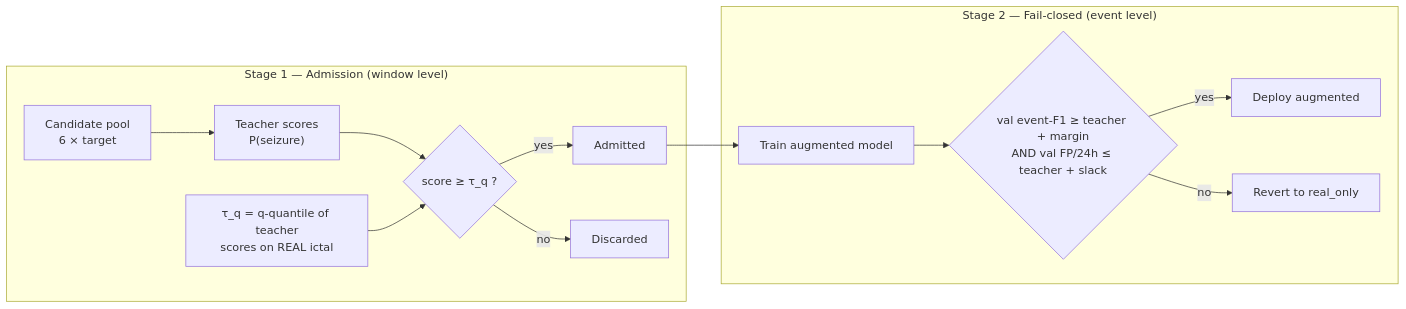
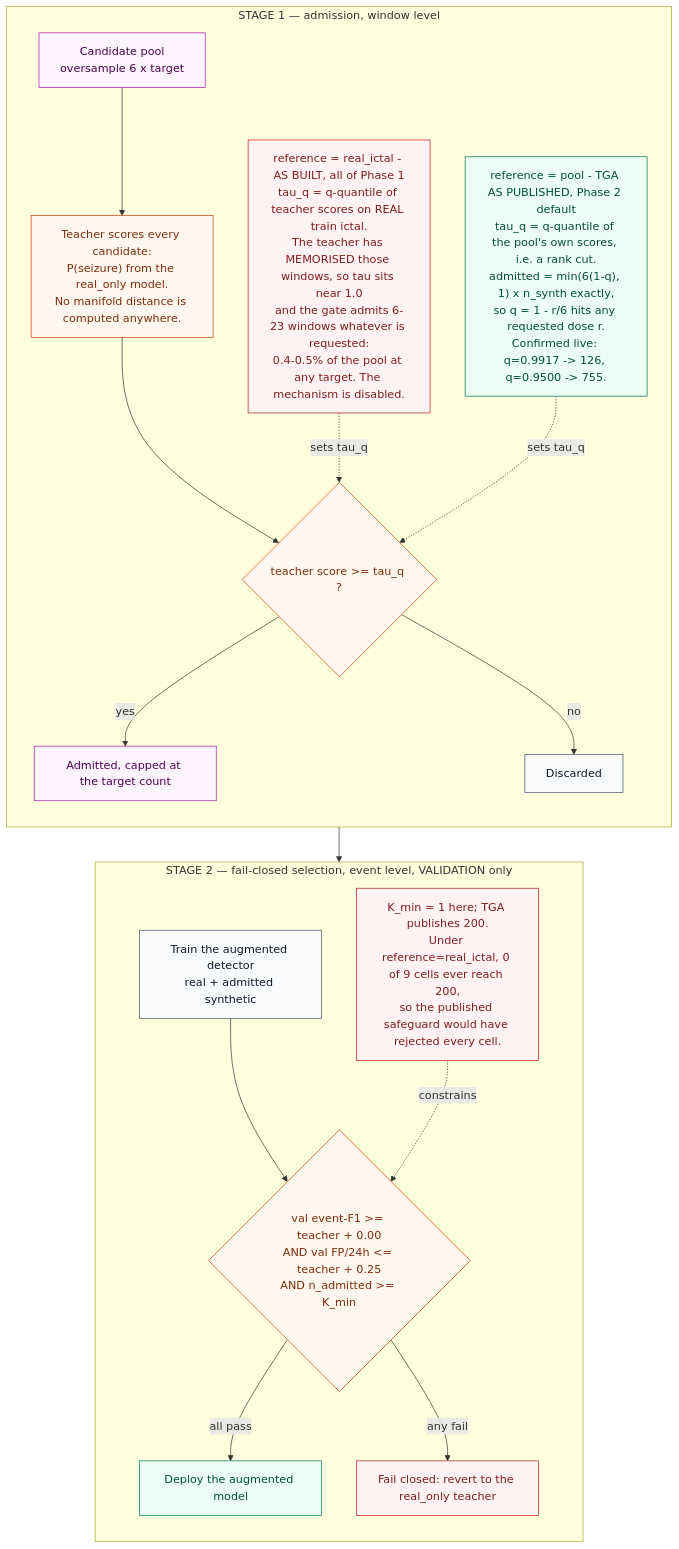
The third of 3 diagrams in README.md (Oxidopamine/chbmit-synthetic-benchmark), drawn with Mermaid before and after one commit. The commit also changed other lines of this file and 2 other files, not shown here.

First line of the commit message:
Preprint v0.2: fix an equivalence claim that repeated the paper's own criticised error

````diff
--- a/README.md
+++ b/README.md
@@ -208,16 +281,31 @@
 ```mermaid
-flowchart LR
-  subgraph s1["Stage 1 — Admission (window level)"]
-    A["Candidate pool<br/>6 × target"] --> B["Teacher scores<br/>P(seizure)"]
-    B --> C{"score ≥ τ_q ?"}
-    C -->|yes| D["Admitted"]
-    C -->|no| E["Discarded"]
-    F["τ_q = q-quantile of teacher<br/>scores on REAL ictal"] --> C
+flowchart TB
+  classDef pool  fill:#fdf4ff,stroke:#a21caf,color:#4a044e;
+  classDef gate  fill:#fff7ed,stroke:#c2410c,color:#7c2d12;
+  classDef bad   fill:#fef2f2,stroke:#b91c1c,color:#7f1d1d;
+  classDef good  fill:#ecfdf5,stroke:#047857,color:#064e3b;
+  classDef out   fill:#f8fafc,stroke:#475569,color:#0f172a;
+
+  subgraph ST1["STAGE 1 — admission, window level"]
+    direction TB
+    P["Candidate pool<br/>oversample 6 x target"]:::pool
+    P --> SCORE["Teacher scores every candidate:<br/>P(seizure) from the real_only model.<br/>No manifold distance is computed anywhere."]:::gate
+    SCORE --> CUT{"teacher score >= tau_q ?"}:::gate
+    CUT -->|yes| KEEP["Admitted, capped at the target count"]:::pool
+    CUT -->|no| DROP["Discarded"]:::out
+    R1["reference = real_ictal - AS BUILT, all of Phase 1<br/>tau_q = q-quantile of teacher scores on REAL train ictal.<br/>The teacher has MEMORISED those windows, so tau sits near 1.0<br/>and the gate admits 6-23 windows whatever is requested:<br/>0.4-0.5% of the pool at any target. The mechanism is disabled."]:::bad
+    R2["reference = pool - TGA AS PUBLISHED, Phase 2 default<br/>tau_q = q-quantile of the pool's own scores, i.e. a rank cut.<br/>admitted = min(6(1-q), 1) x n_synth exactly,<br/>so q = 1 - r/6 hits any requested dose r.<br/>Confirmed live: q=0.9917 -> 126, q=0.9500 -> 755."]:::good
+    R1 -. sets tau_q .-> CUT
+    R2 -. sets tau_q .-> CUT
   end
-  subgraph s2["Stage 2 — Fail-closed (event level)"]
-    D --> G["Train augmented model"]
-    G --> H{"val event-F1 ≥ teacher + margin<br/>AND val FP/24h ≤ teacher + slack"}
-    H -->|yes| I["Deploy augmented"]
-    H -->|no| J["Revert to real_only"]
+
+  subgraph ST2["STAGE 2 — fail-closed selection, event level, VALIDATION only"]
+    direction TB
+    KEEP --> TRAIN["Train the augmented detector<br/>real + admitted synthetic"]:::out
+    TRAIN --> DEC{"val event-F1 >= teacher + 0.00<br/>AND val FP/24h <= teacher + 0.25<br/>AND n_admitted >= K_min"}:::gate
+    DEC -->|all pass| DEPLOY["Deploy the augmented model"]:::good
+    DEC -->|any fail| REVERT["Fail closed: revert to the real_only teacher"]:::bad
+    KMIN["K_min = 1 here; TGA publishes 200.<br/>Under reference=real_ictal, 0 of 9 cells ever reach 200,<br/>so the published safeguard would have rejected every cell."]:::bad
+    KMIN -. constrains .-> DEC
   end
 ```
````
